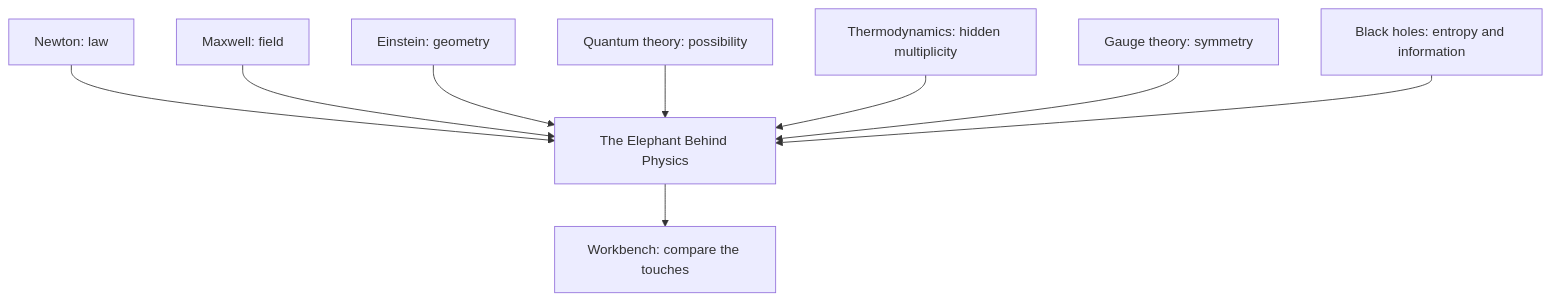
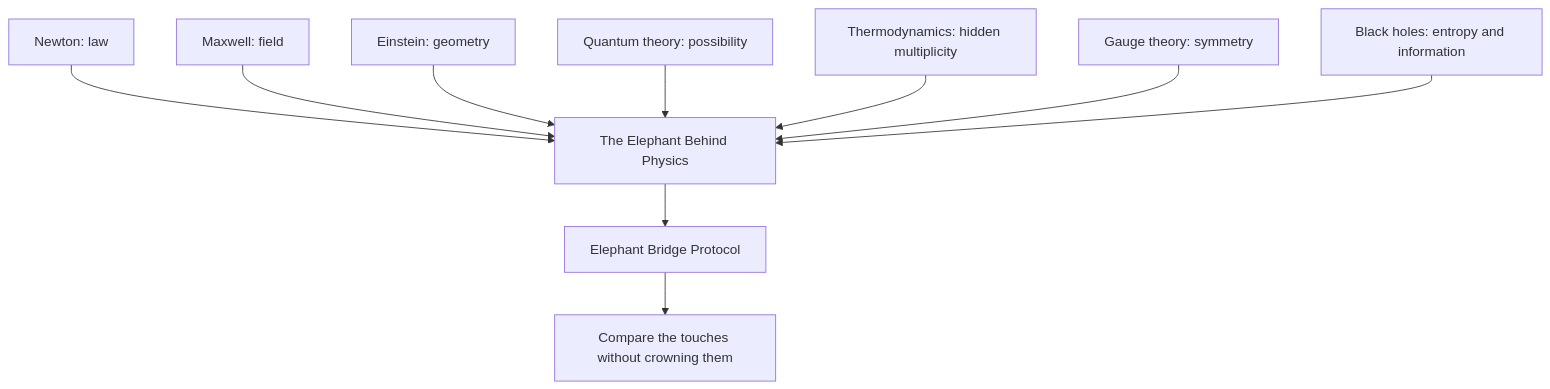
Before and after one commit to PithomLabs/workbench: the first of 8 diagrams in book/README.MD, drawn with Mermaid. The commit also changed other lines of this file, not shown here.

````diff
--- a/book/README.MD
+++ b/book/README.MD
@@ -164,11 +218,12 @@
 ```mermaid
 flowchart TD
     N[Newton: law] --> E[The Elephant Behind Physics]
     M[Maxwell: field] --> E
     R[Einstein: geometry] --> E
     Q[Quantum theory: possibility] --> E
     T[Thermodynamics: hidden multiplicity] --> E
     G[Gauge theory: symmetry] --> E
     B[Black holes: entropy and information] --> E
-    E --> W[Workbench: compare the touches]
+    E --> P[Elephant Bridge Protocol]
+    P --> C[Compare the touches without crowning them]
 ```
````
